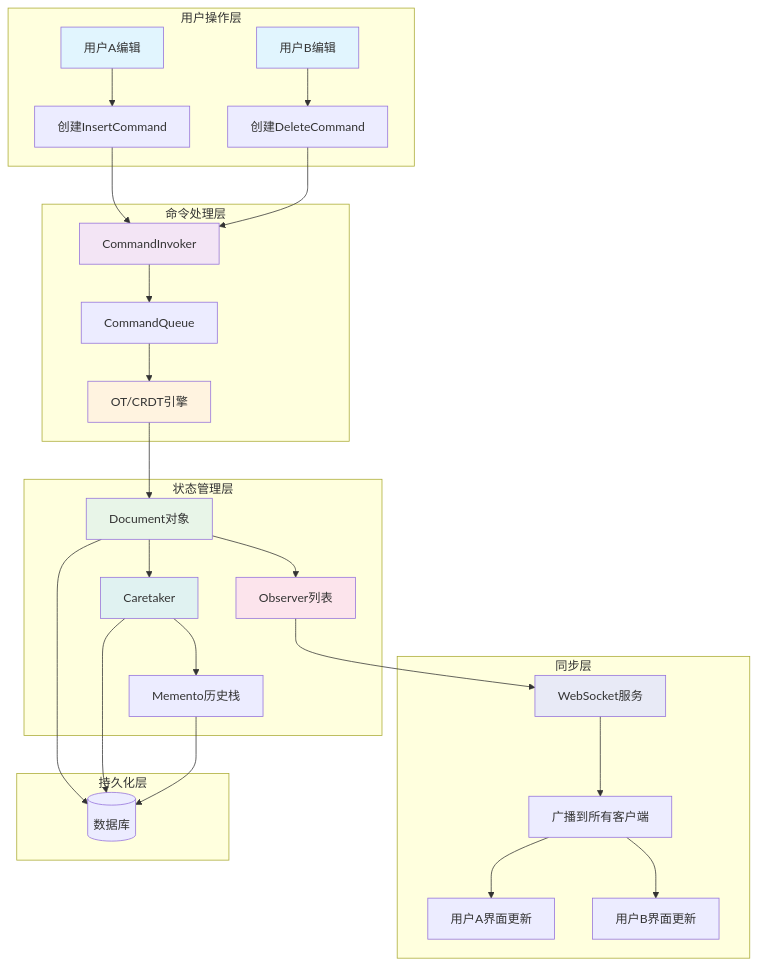
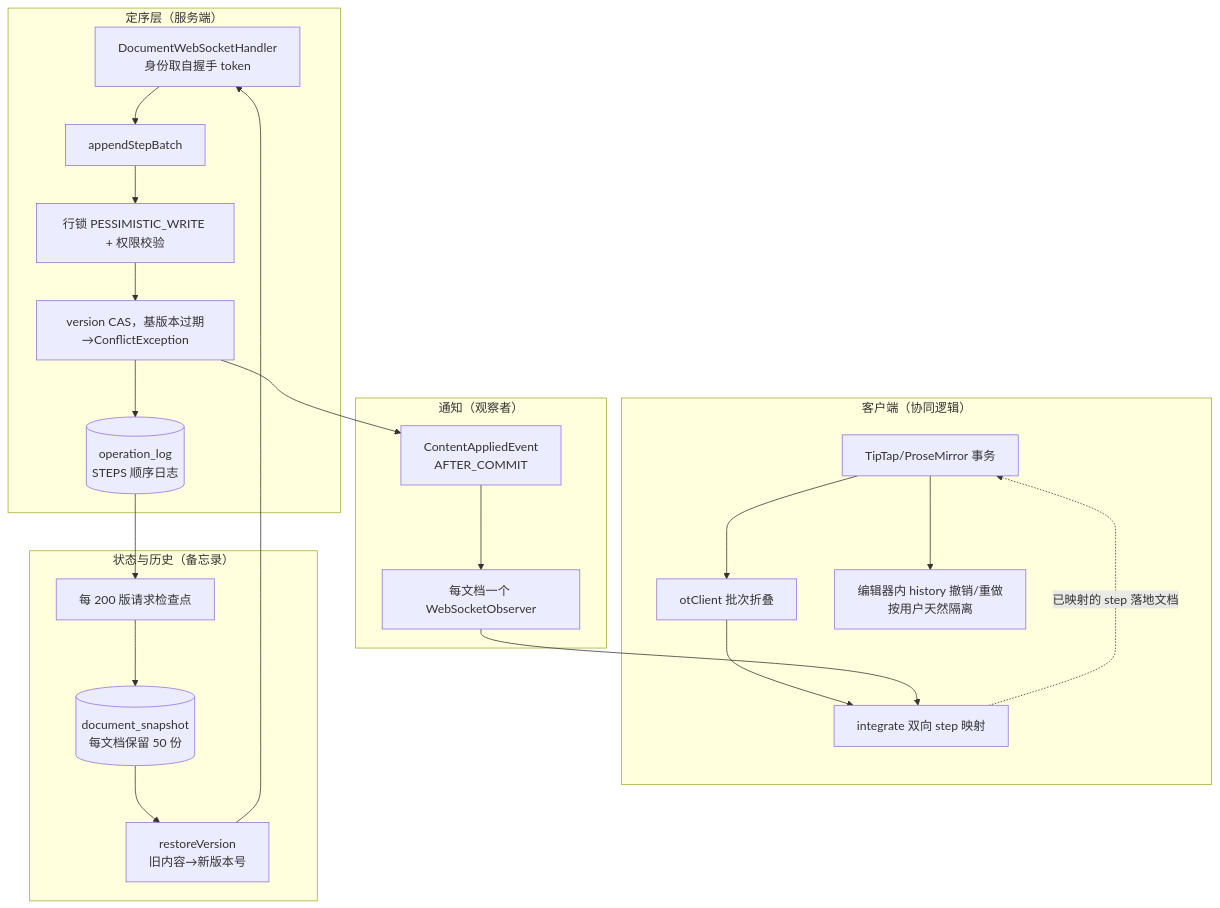
The sixth of 10 diagrams in 系统模式结构图.md (sky8791-flash/project-design), drawn with Mermaid before and after one commit. The commit also changed other lines of this file and 2 other files, not shown here.

First line of the commit message:
Rewrite the design docs around the sequencer model

````diff
--- a/系统模式结构图.md
+++ b/系统模式结构图.md
@@ -240,43 +189,30 @@
 ```mermaid
 graph TB
-    subgraph "用户操作层"
-        A1[用户A编辑] --> B1[创建InsertCommand]
-        A2[用户B编辑] --> B2[创建DeleteCommand]
+    subgraph "客户端（协同逻辑）"
+        K1[TipTap/ProseMirror 事务] --> K2[otClient 批次折叠]
+        K2 --> K3[integrate 双向 step 映射]
+        K1 --> K4[编辑器内 history 撤销/重做<br>按用户天然隔离]
     end
-    
-    subgraph "命令处理层"
-        B1 --> C[CommandInvoker]
-        B2 --> C
-        C --> D[CommandQueue]
-        D --> E[OT/CRDT引擎]
+
+    subgraph "定序层（服务端）"
+        W[DocumentWebSocketHandler<br>身份取自握手 token] --> AP[appendStepBatch]
+        AP --> LK[行锁 PESSIMISTIC_WRITE + 权限校验]
+        LK --> CAS[version CAS，基版本过期→ConflictException]
+        CAS --> LOG[(operation_log<br>STEPS 顺序日志)]
     end
-    
-    subgraph "状态管理层"
-        E --> F[Document对象]
-        F --> G[Caretaker]
-        G --> H[Memento历史栈]
-        F --> I[Observer列表]
+
+    subgraph "状态与历史（备忘录）"
+        LOG --> CK[每 200 版请求检查点]
+        CK --> SNAP[(document_snapshot<br>每文档保留 50 份)]
+        SNAP --> RS[restoreVersion<br>旧内容→新版本号]
+        RS --> W
     end
-    
-    subgraph "同步层"
-        I --> J[WebSocket服务]
-        J --> K[广播到所有客户端]
-        K --> L[用户A界面更新]
-        K --> M[用户B界面更新]
+
+    subgraph "通知（观察者）"
+        CAS --> EV[ContentAppliedEvent<br>AFTER_COMMIT]
+        EV --> OB[每文档一个 WebSocketObserver]
+        OB --> K3
     end
-    
-    subgraph "持久化层"
-        F --> N[(数据库)]
-        G --> N
-        H --> N
-    end
-    
-    style A1 fill:#e1f5fe
-    style A2 fill:#e1f5fe
-    style C fill:#f3e5f5
-    style E fill:#fff3e0
-    style F fill:#e8f5e8
-    style G fill:#e0f2f1
-    style I fill:#fce4ec
-    style J fill:#e8eaf6
+
+    K3 -.->|"已映射的 step 落地文档"| K1
 ```
````
